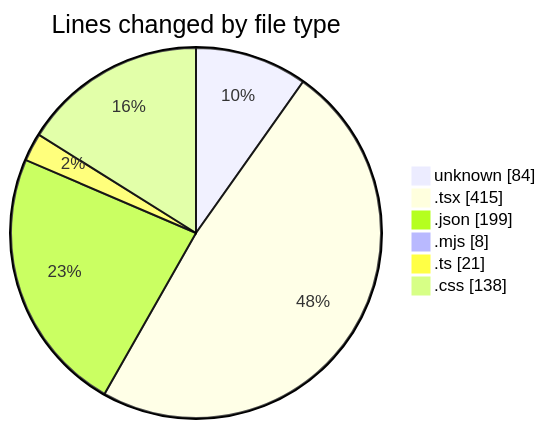
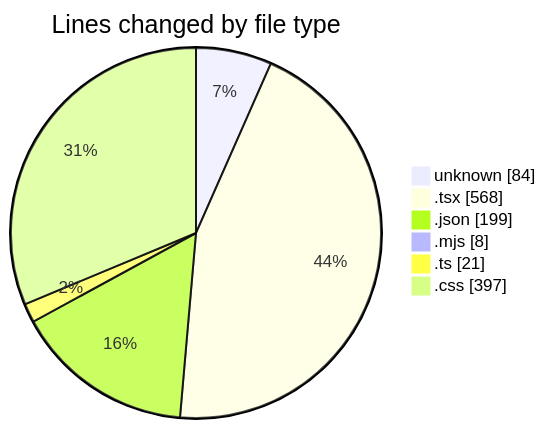
The first of 2 diagrams in 2025-05-15/niten/README.md (Elitesun/code-tracking), drawn with Mermaid before and after one commit. The commit also changed other lines of this file and 1 other file, not shown here.

````diff
--- a/2025-05-15/niten/README.md
+++ b/2025-05-15/niten/README.md
@@ -28,10 +31,10 @@
 ```mermaid
 pie showData
 title Lines changed by file type
 "unknown" : 84
-".tsx" : 415
+".tsx" : 568
 ".json" : 199
 ".mjs" : 8
 ".ts" : 21
-".css" : 138
+".css" : 397
 ```
````
